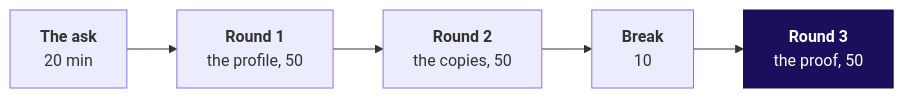
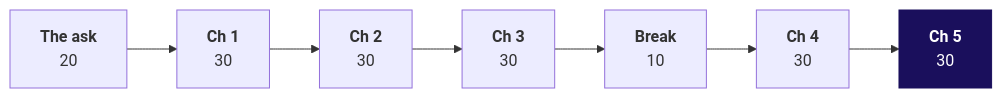
The first of 2 diagrams in content/W01/D3/trainer/C2_W01_D03_day_sheet_TRAINER.md (fde-academy-lab/c2-content-factory), drawn with Mermaid before and after one commit. The commit also changed other lines of this file and 11 other files, not shown here.

````diff
--- a/content/W01/D3/trainer/C2_W01_D03_day_sheet_TRAINER.md
+++ b/content/W01/D3/trainer/C2_W01_D03_day_sheet_TRAINER.md
@@ -21,6 +24,6 @@
 ```mermaid
 flowchart LR
-    A["<b>The ask</b><br/>20 min"] --> R1["<b>Round 1</b><br/>the profile, 50"] --> R2["<b>Round 2</b><br/>the copies, 50"] --> B["<b>Break</b><br/>10"] --> R3["<b>Round 3</b><br/>the proof, 50"]
+    A["<b>The ask</b><br/>20"] --> C1["<b>Ch 1</b><br/>30"] --> C2["<b>Ch 2</b><br/>30"] --> C3["<b>Ch 3</b><br/>30"] --> B["<b>Break</b><br/>10"] --> C4["<b>Ch 4</b><br/>30"] --> C5["<b>Ch 5</b><br/>30"]
     classDef core fill:#1A0F5C,stroke:#1A0F5C,color:#FFFFFF
-    class R3 core
+    class C5 core
 ```
````
